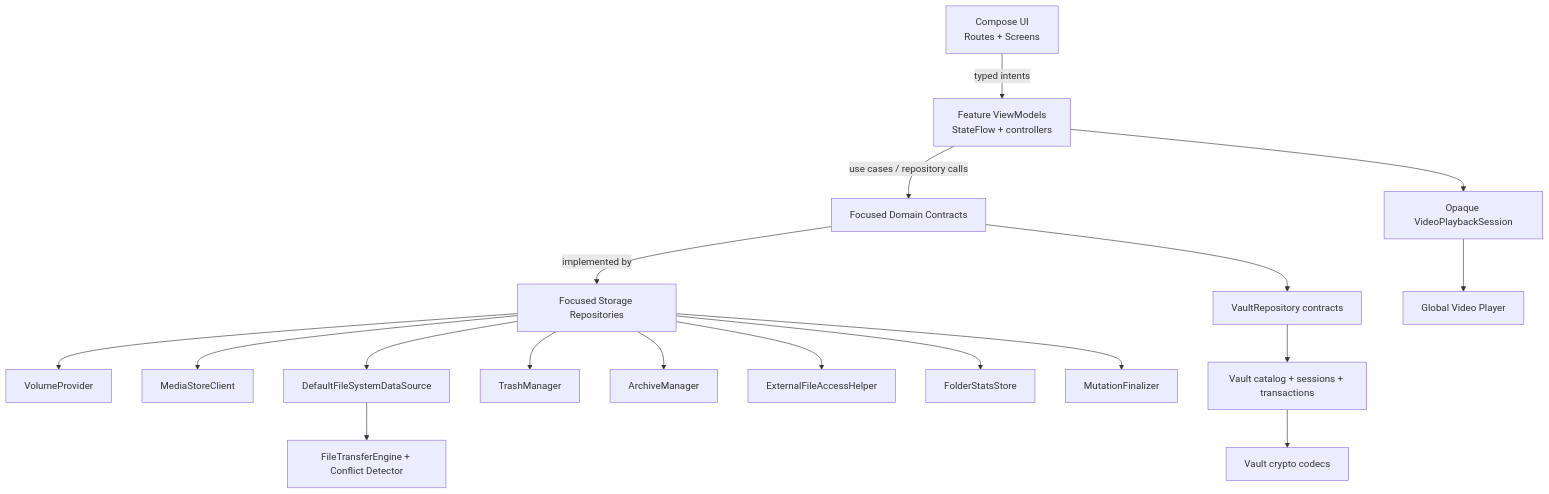
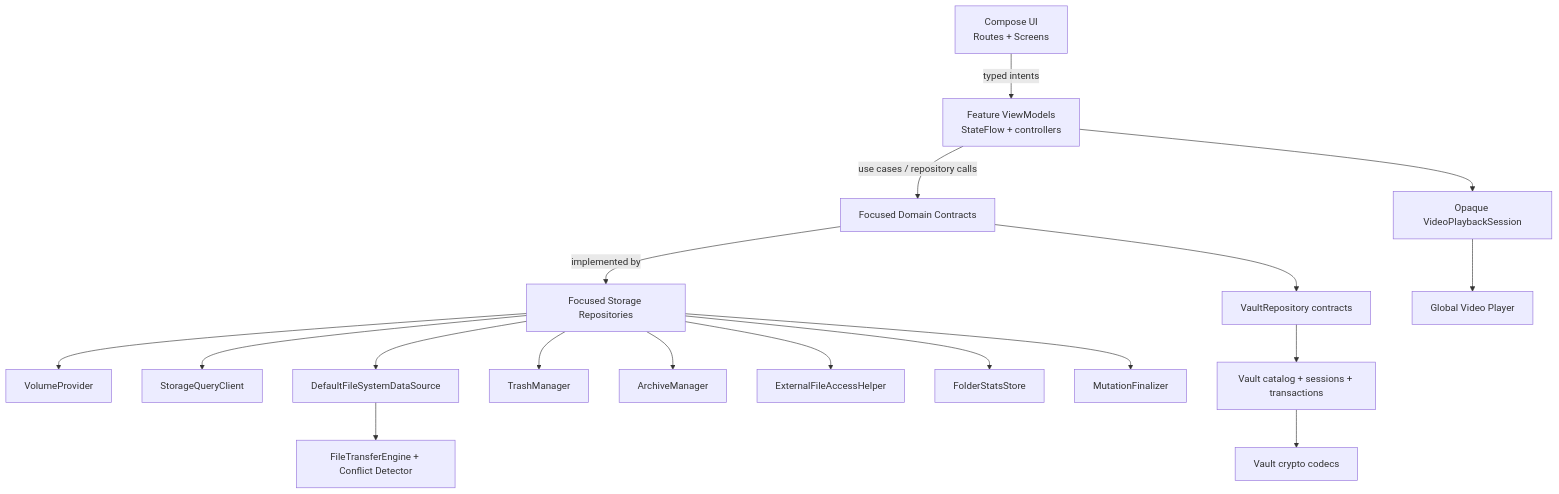
Before and after one commit to qtremors/arcile: the diagram in DEVELOPMENT.md, drawn with Mermaid. The commit also changed other lines of this file and 528 other files, not shown here.

````diff
--- a/DEVELOPMENT.md
+++ b/DEVELOPMENT.md
@@ -45,20 +45,20 @@
 ```mermaid
 graph TD
     A["Compose UI<br/>Routes + Screens"] -->|typed intents| B["Feature ViewModels<br/>StateFlow + controllers"]
     B -->|use cases / repository calls| C["Focused Domain Contracts"]
     C -->|implemented by| D["Focused Storage Repositories"]
     D --> E["VolumeProvider"]
-    D --> F["MediaStoreClient"]
+    D --> F["StorageQueryClient"]
     D --> G["DefaultFileSystemDataSource"]
     D --> H["TrashManager"]
     D --> I["ArchiveManager"]
     D --> K["ExternalFileAccessHelper"]
     G --> J["FileTransferEngine + Conflict Detector"]
     D --> L["FolderStatsStore"]
     D --> M["MutationFinalizer"]
     C --> N["VaultRepository contracts"]
     N --> O["Vault catalog + sessions + transactions"]
     O --> P["Vault crypto codecs"]
     B --> Q["Opaque VideoPlaybackSession"]
     Q --> R["Global Video Player"]
 ```
````
